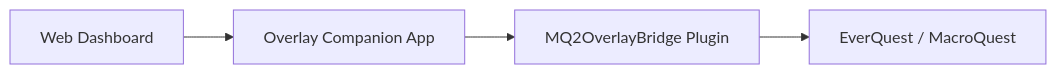
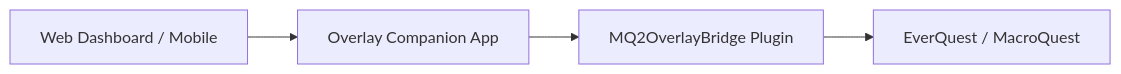
Before and after one commit to eniner/-Coming-Soon-MQ-Companion: the diagram in README.md, drawn with Mermaid. The commit also changed other lines of this file, not shown here.

````diff
--- a/README.md
+++ b/README.md
@@ -25,6 +29,6 @@
 ```mermaid
 flowchart LR
-  A[Web Dashboard] --> B[Overlay Companion App]
+  A[Web Dashboard / Mobile] --> B[Overlay Companion App]
   B --> C[MQ2OverlayBridge Plugin]
   C --> D[EverQuest / MacroQuest]
 ```
````
